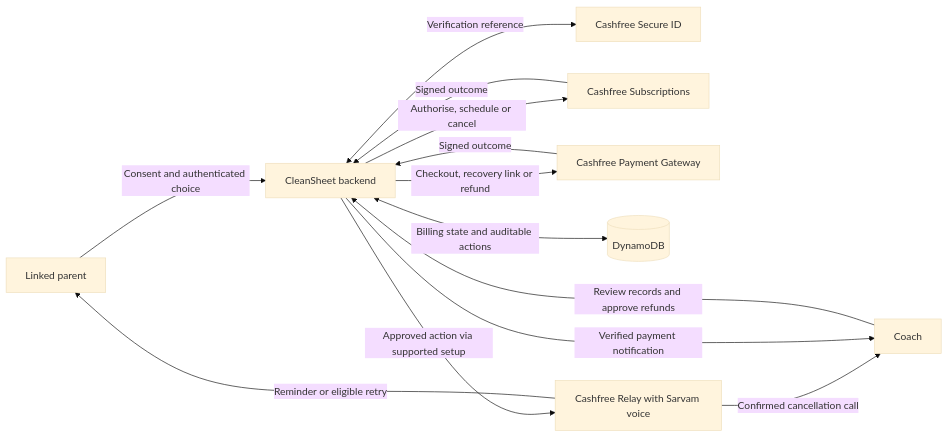
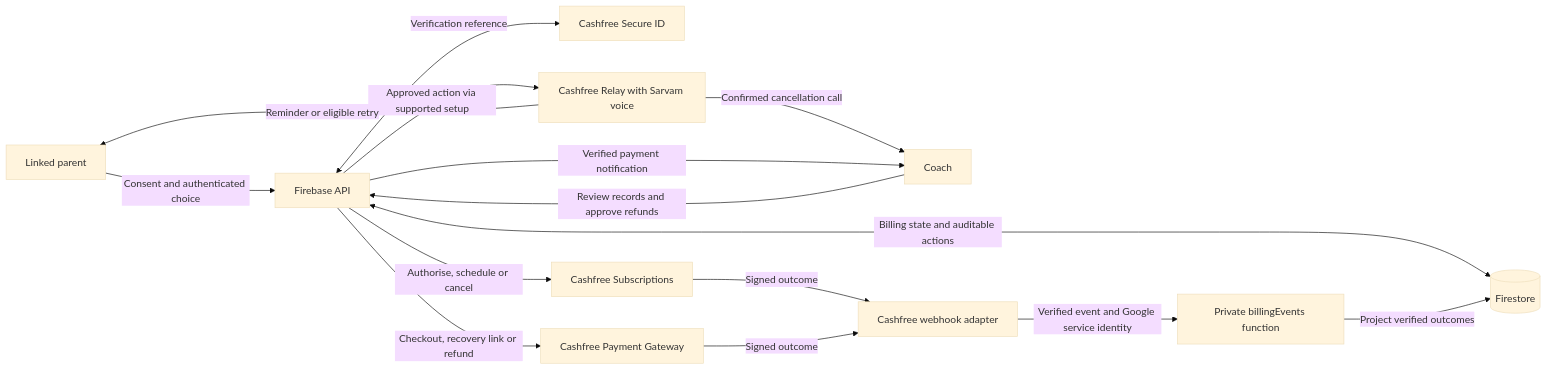
One commit to Srikanth-2004/Cleansheet changed the first of 3 diagrams in docs/ARCHITECTURE.md. Above: the diagram before and after it, drawn with Mermaid (base theme). The commit also changed other lines of this file and 51 other files, not shown here.

Commit message:
feat: move CleanSheet backend to Firebase

````diff
--- a/docs/ARCHITECTURE.md
+++ b/docs/ARCHITECTURE.md
@@ -7,15 +7,17 @@
 ```mermaid
 flowchart LR
-    Parent["Linked parent"] -->|Consent and authenticated choice| App["CleanSheet backend"]
+    Parent["Linked parent"] -->|Consent and authenticated choice| App["Firebase API"]
     Coach["Coach"] -->|Review records and approve refunds| App
     App <-->|Verification reference| Secure["Cashfree Secure ID"]
     App -->|Authorise, schedule or cancel| Sub["Cashfree Subscriptions"]
     App -->|Checkout, recovery link or refund| PG["Cashfree Payment Gateway"]
-    Sub -->|Signed outcome| App
-    PG -->|Signed outcome| App
-    App <-->|Billing state and auditable actions| Store[("DynamoDB")]
+    Sub -->|Signed outcome| Adapter["Cashfree webhook adapter"]
+    PG -->|Signed outcome| Adapter
+    Adapter -->|Verified event and Google service identity| Events["Private billingEvents function"]
+    App <-->|Billing state and auditable actions| Store[("Firestore")]
+    Events -->|Project verified outcomes| Store
     App -->|Approved action via supported setup| Relay["Cashfree Relay with Sarvam voice"]
     Relay -->|Reminder or eligible retry| Parent
     Relay -->|Confirmed cancellation call| Coach
     App -->|Verified payment notification| Coach
 ```
````
